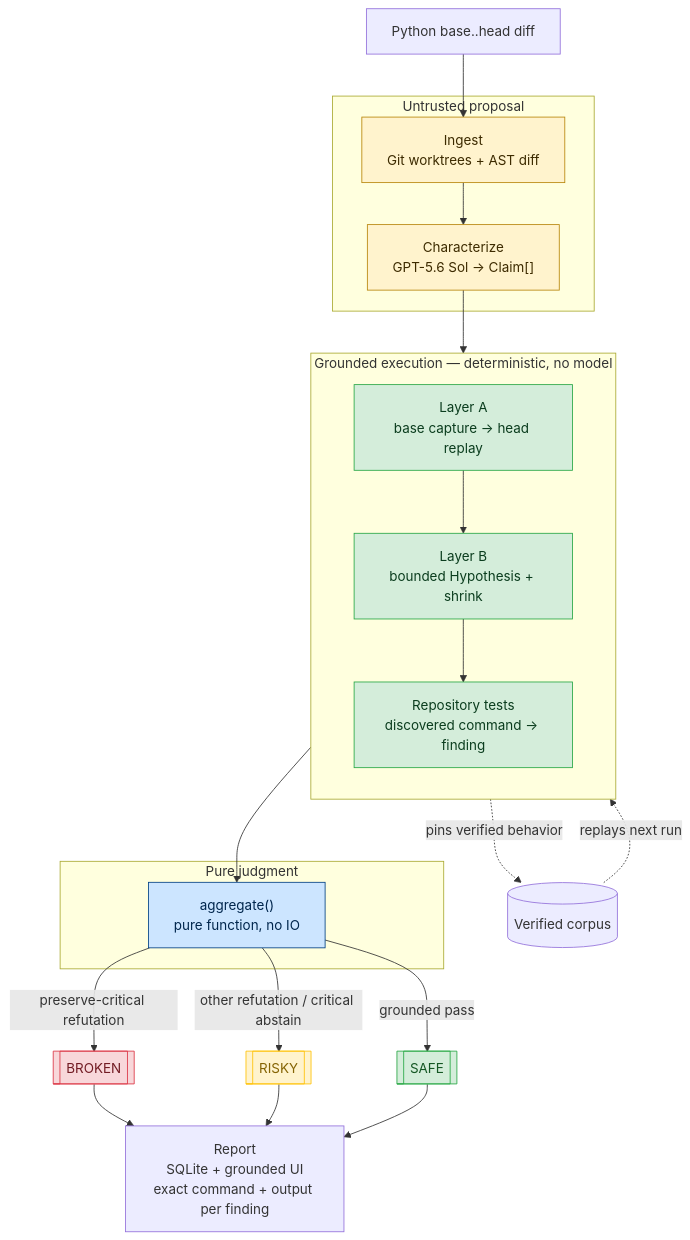
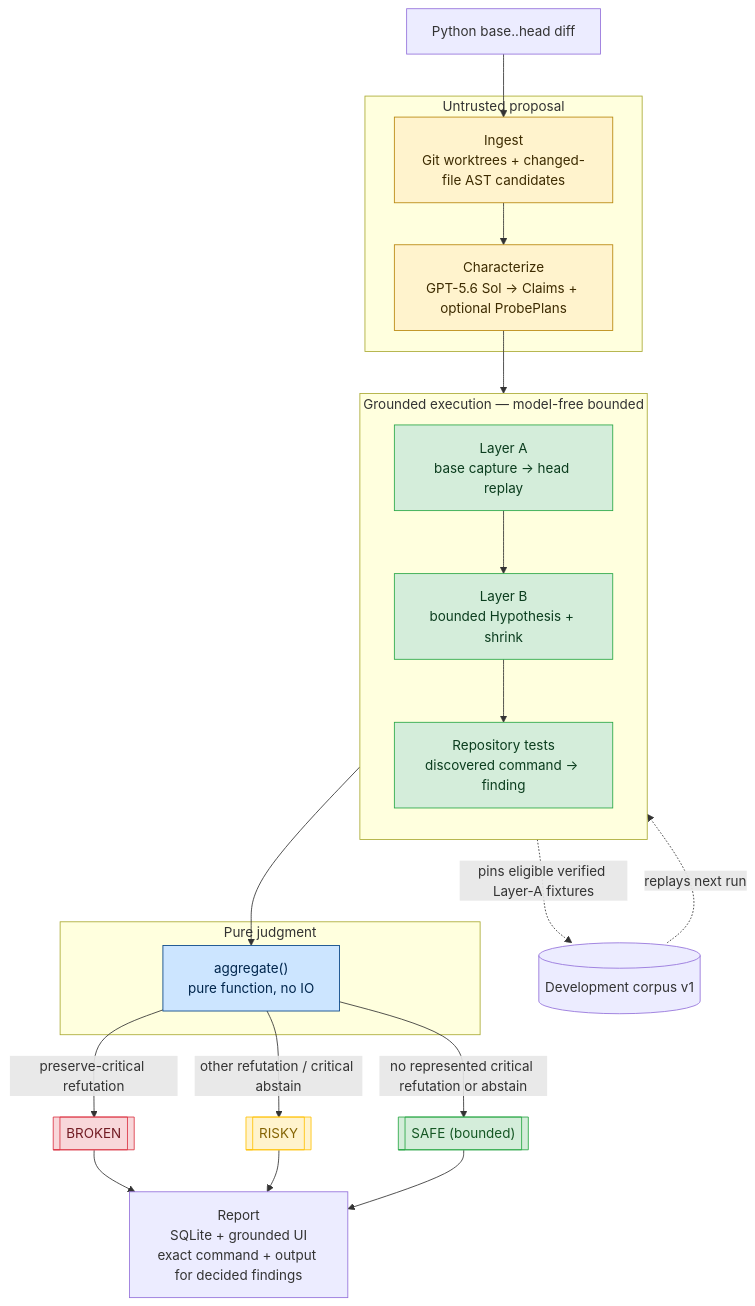
One commit to stefbuilds/cross-examine changed the diagram in docs/architecture.md. Above: the diagram before and after it, drawn with Mermaid. The commit also changed other lines of this file and 10 other files, not shown here.

````diff
--- a/docs/architecture.md
+++ b/docs/architecture.md
@@ -5,47 +9,47 @@
 ```mermaid
 flowchart TB
   PR["Python base..head diff"] --> I
 
   subgraph U["Untrusted proposal"]
-    I["Ingest\nGit worktrees + AST diff"] --> C["Characterize\nGPT-5.6 Sol → Claim[]"]
+    I["Ingest\nGit worktrees + changed-file AST candidates"] --> C["Characterize\nGPT-5.6 Sol → Claims + optional ProbePlans"]
   end
 
-  subgraph EX["Grounded execution — deterministic, no model"]
+  subgraph EX["Grounded execution — model-free bounded"]
     direction TB
     LA["Layer A\nbase capture → head replay"] --> LB["Layer B\nbounded Hypothesis + shrink"]
     LB --> RT["Repository tests\ndiscovered command → finding"]
   end
 
   C --> LA
 
   subgraph J["Pure judgment"]
     AG["aggregate()\npure function, no IO"]
   end
 
   RT --> AG
 
   AG -->|preserve-critical refutation| BROKEN[["BROKEN"]]
   AG -->|other refutation / critical abstain| RISKY[["RISKY"]]
-  AG -->|grounded pass| SAFE[["SAFE"]]
+  AG -->|no represented critical refutation or abstain| SAFE[["SAFE (bounded)"]]
 
-  BROKEN --> R["Report\nSQLite + grounded UI\nexact command + output per finding"]
+  BROKEN --> R["Report\nSQLite + grounded UI\nexact command + output for decided findings"]
   RISKY --> R
   SAFE --> R
 
-  LA -.->|pins verified behavior| P[("Verified corpus")]
+  LA -.->|pins eligible verified Layer-A fixtures| P[("Development corpus v1")]
   P -.->|replays next run| LA
 
   classDef untrusted fill:#fff3cd,stroke:#b8860b,color:#3d2b00
   classDef grounded fill:#d4edda,stroke:#28a745,color:#0b3d1e
   classDef pure fill:#cce5ff,stroke:#004085,color:#00264d
   classDef broken fill:#f8d7da,stroke:#dc3545,color:#721c24
   classDef risky fill:#fff3cd,stroke:#ffc107,color:#856404
   classDef safe fill:#d4edda,stroke:#28a745,color:#155724
 
   class I,C untrusted
   class LA,LB,RT grounded
   class AG pure
   class BROKEN broken
   class RISKY risky
   class SAFE safe
 ```
````
